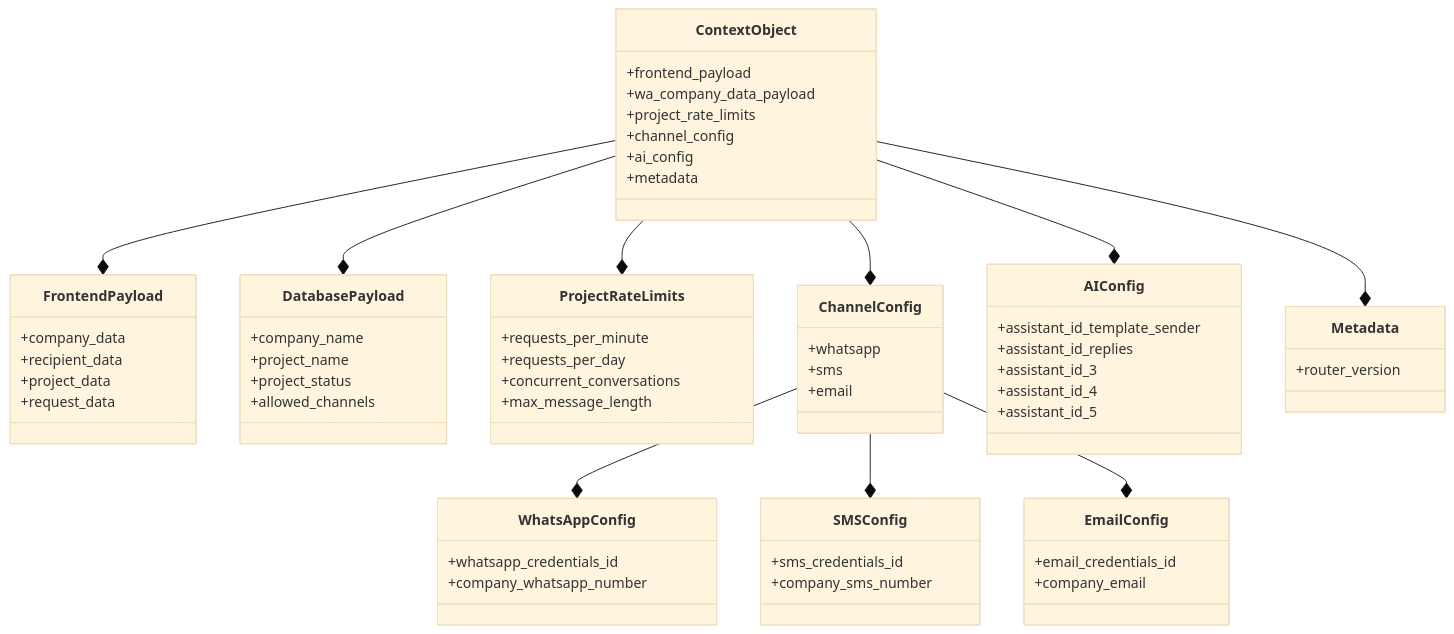
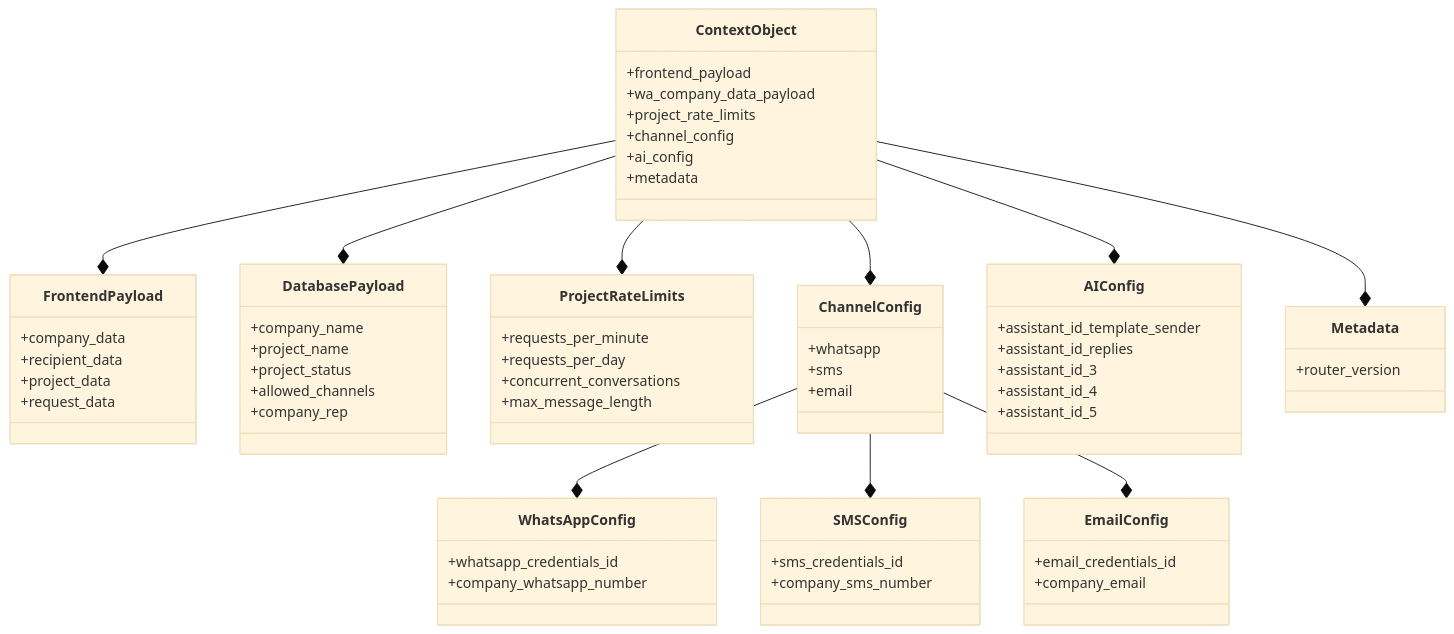
The seventh of 7 diagrams in lld/channel-router/channel-router-diagrams-v1.0.md (junksamiad/template-sender-engine), drawn with Mermaid (base theme) before and after one commit. The commit also changed 2 other files, not shown here.

Commit message:
Update documentation to reflect company_rep data structure changes

````diff
--- a/lld/channel-router/channel-router-diagrams-v1.0.md
+++ b/lld/channel-router/channel-router-diagrams-v1.0.md
@@ -455,75 +455,76 @@
 ```mermaid
 classDiagram
     class ContextObject {
         +frontend_payload
         +wa_company_data_payload
         +project_rate_limits
         +channel_config
         +ai_config
         +metadata
     }
     
     class FrontendPayload {
         +company_data
         +recipient_data
         +project_data
         +request_data
     }
     
     class DatabasePayload {
         +company_name
         +project_name
         +project_status
         +allowed_channels
+        +company_rep
     }
     
     class ProjectRateLimits {
         +requests_per_minute
         +requests_per_day
         +concurrent_conversations
         +max_message_length
     }
     
     class ChannelConfig {
         +whatsapp
         +sms
         +email
     }
     
     class WhatsAppConfig {
         +whatsapp_credentials_id
         +company_whatsapp_number
     }
     
     class SMSConfig {
         +sms_credentials_id
         +company_sms_number
     }
     
     class EmailConfig {
         +email_credentials_id
         +company_email
     }
     
     class AIConfig {
         +assistant_id_template_sender
         +assistant_id_replies
         +assistant_id_3
         +assistant_id_4
         +assistant_id_5
     }
     
     class Metadata {
         +router_version
     }
     
     ContextObject --* FrontendPayload
     ContextObject --* DatabasePayload
     ContextObject --* ProjectRateLimits
     ContextObject --* ChannelConfig
     ContextObject --* AIConfig
     ContextObject --* Metadata
     ChannelConfig --* WhatsAppConfig
     ChannelConfig --* SMSConfig
     ChannelConfig --* EmailConfig
 ```
````
